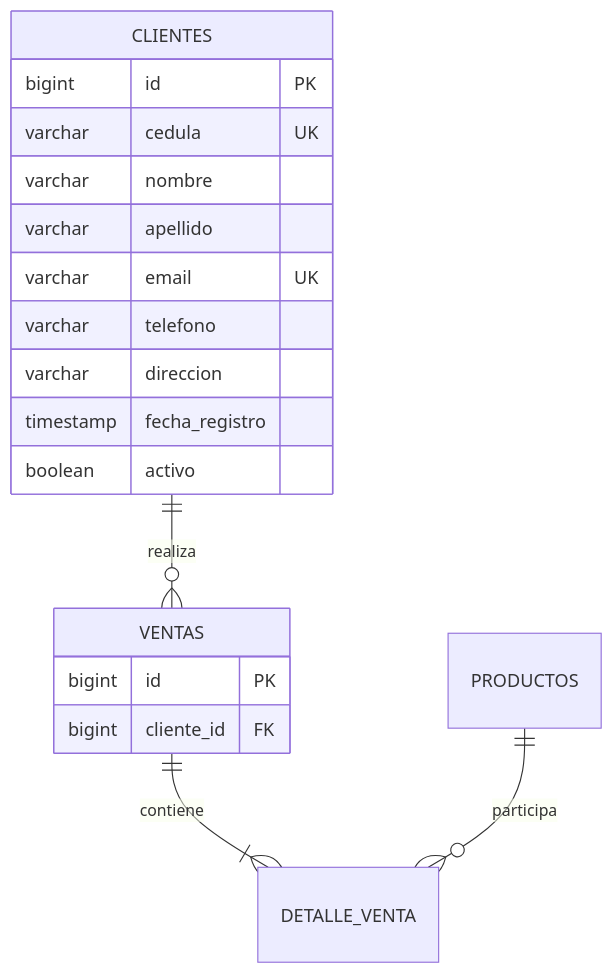
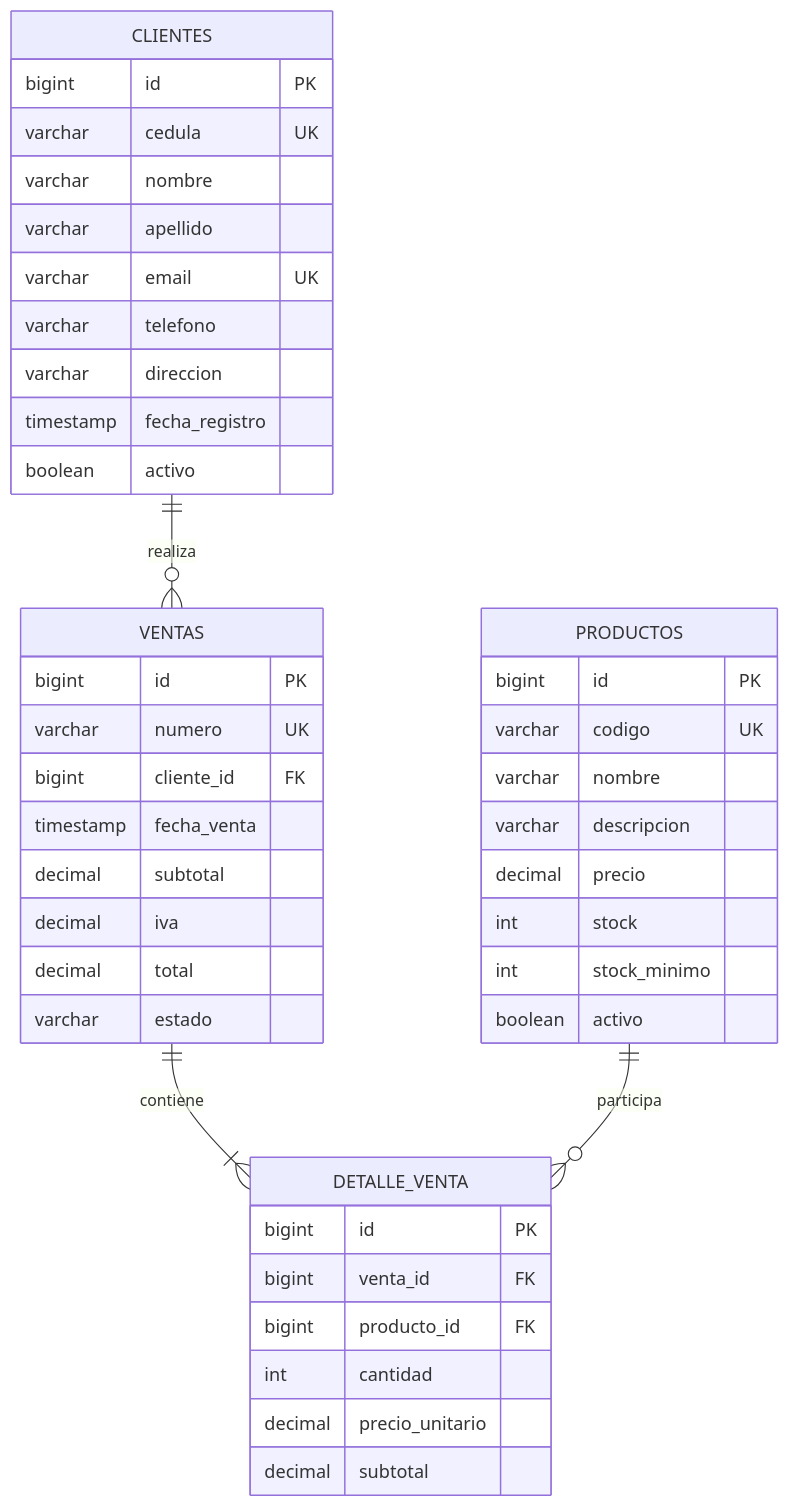
Before and after one commit to sgsanchez/ProgAv-TG1-Grupo9: the second of 2 diagrams in docs/clientes.md, drawn with Mermaid. The commit also changed 1 other file, not shown here.

Commit message:
docs: completa el diagrama de base de datos y precisa el conteo de pruebas

````diff
--- a/docs/clientes.md
+++ b/docs/clientes.md
@@ -45,21 +45,45 @@
 ```mermaid
 erDiagram
     CLIENTES ||--o{ VENTAS : realiza
     VENTAS ||--|{ DETALLE_VENTA : contiene
     PRODUCTOS ||--o{ DETALLE_VENTA : participa
     CLIENTES {
         bigint id PK
         varchar cedula UK
         varchar nombre
         varchar apellido
         varchar email UK
         varchar telefono
         varchar direccion
         timestamp fecha_registro
         boolean activo
     }
     VENTAS {
         bigint id PK
+        varchar numero UK
         bigint cliente_id FK
+        timestamp fecha_venta
+        decimal subtotal
+        decimal iva
+        decimal total
+        varchar estado
+    }
+    PRODUCTOS {
+        bigint id PK
+        varchar codigo UK
+        varchar nombre
+        varchar descripcion
+        decimal precio
+        int stock
+        int stock_minimo
+        boolean activo
+    }
+    DETALLE_VENTA {
+        bigint id PK
+        bigint venta_id FK
+        bigint producto_id FK
+        int cantidad
+        decimal precio_unitario
+        decimal subtotal
     }
 ```
````
